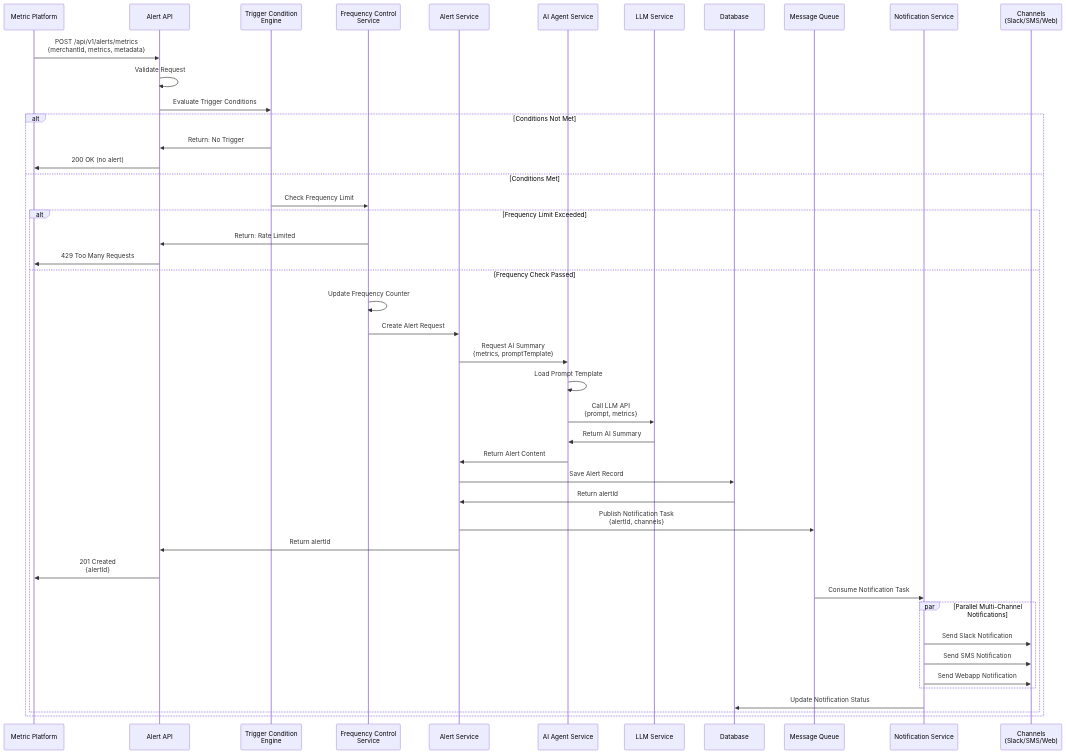
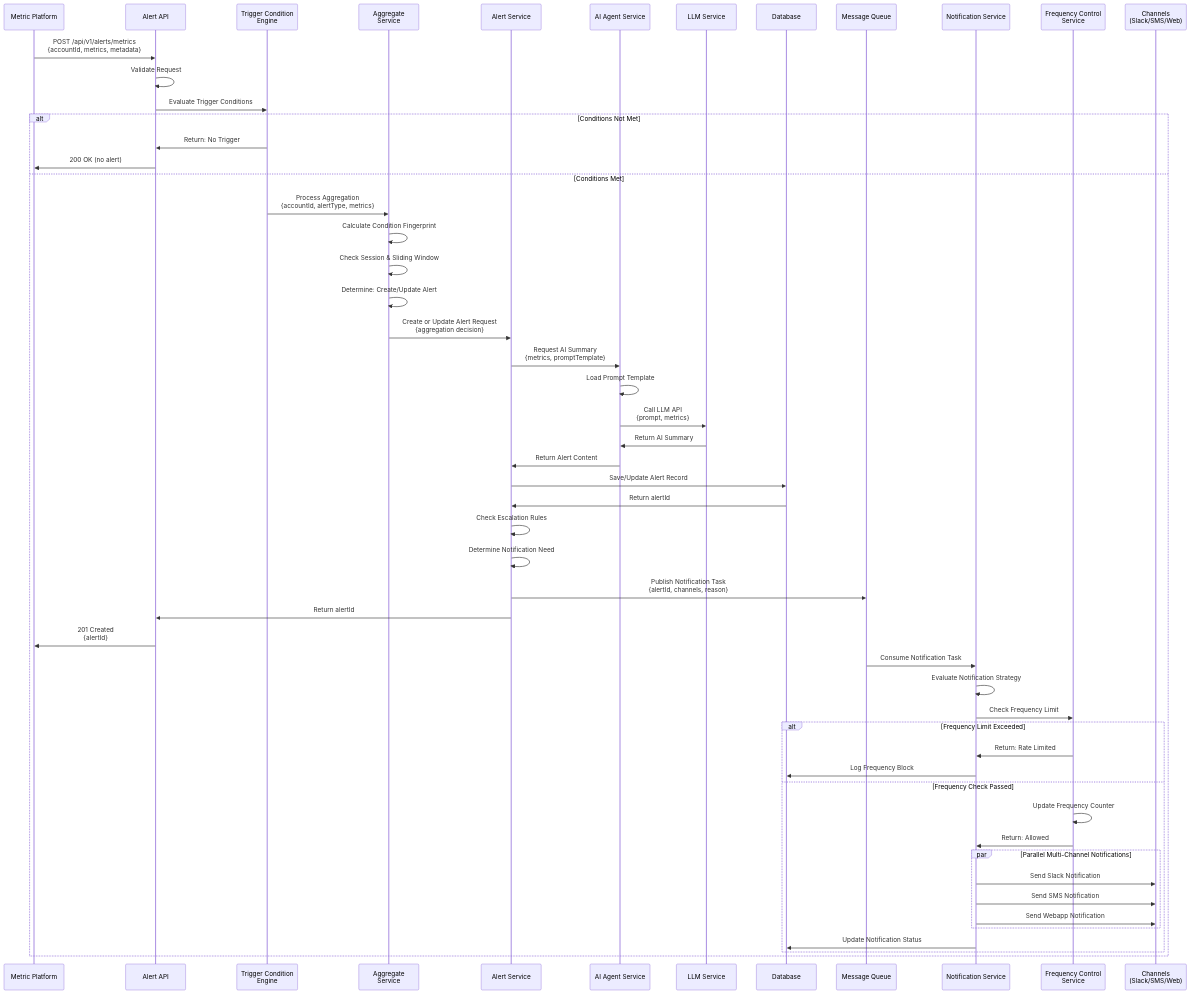
The second of 10 diagrams in AlertSystemDesign_EN.md (smarttttttt/AwxSentinel), drawn with Mermaid before and after one commit. The commit also changed 1 other file, not shown here.

Commit message:
refactor: restructure alert generation flow with aggregate service
- Add Aggregate Service between Trigger Condition Engine and Alert Service
- Move Frequency Control to Notification Service (after notification task creation)
- Update flow: API → TCE → Aggregate → Alert → Notification → Frequency Control → Send
- Aggregate Service responsibilities:
  - Calculate condition fingerprint
  - Check session and sliding window
  - Determine create/update alert decision
- Alert Service now handles:
  - Escalation rule checking
  - Notification need determination
- Notification Service now includes:
  - Notification strategy evaluation
  - Frequency control as final gate
- Update both CN and EN versions

Benefits:
- Clear separation of concerns
- Aggregate logic isolated in dedicated service
- Frequency control at optimal position (before actual send)
- Better scalability and maintainability

````diff
--- a/AlertSystemDesign_EN.md
+++ b/AlertSystemDesign_EN.md
@@ -120,56 +120,69 @@
 ```mermaid
 sequenceDiagram
     participant MP as Metric Platform
     participant API as Alert API
     participant TCE as Trigger Condition<br/>Engine
-    participant FCS as Frequency Control<br/>Service
+    participant AGG as Aggregate<br/>Service
     participant AS as Alert Service
     participant AGS as AI Agent Service
     participant LLM as LLM Service
     participant DB as Database
     participant MQ as Message Queue
     participant NS as Notification Service
+    participant FCS as Frequency Control<br/>Service
     participant CH as Channels<br/>(Slack/SMS/Web)
 
-    MP->>API: POST /api/v1/alerts/metrics<br/>{merchantId, metrics, metadata}
+    MP->>API: POST /api/v1/alerts/metrics<br/>{accountId, metrics, metadata}
     API->>API: Validate Request
     API->>TCE: Evaluate Trigger Conditions
 
     alt Conditions Not Met
         TCE->>API: Return: No Trigger
         API->>MP: 200 OK (no alert)
     else Conditions Met
-        TCE->>FCS: Check Frequency Limit
+        TCE->>AGG: Process Aggregation<br/>{accountId, alertType, metrics}
+
+        AGG->>AGG: Calculate Condition Fingerprint
+        AGG->>AGG: Check Session & Sliding Window
+        AGG->>AGG: Determine: Create/Update Alert
+
+        AGG->>AS: Create or Update Alert Request<br/>{aggregation decision}
+
+        AS->>AGS: Request AI Summary<br/>{metrics, promptTemplate}
+        AGS->>AGS: Load Prompt Template
+        AGS->>LLM: Call LLM API<br/>{prompt, metrics}
+        LLM->>AGS: Return AI Summary
+        AGS->>AS: Return Alert Content
+
+        AS->>DB: Save/Update Alert Record
+        DB->>AS: Return alertId
+
+        AS->>AS: Check Escalation Rules
+        AS->>AS: Determine Notification Need
+
+        AS->>MQ: Publish Notification Task<br/>{alertId, channels, reason}
+        AS->>API: Return alertId
+        API->>MP: 201 Created<br/>{alertId}
+
+        MQ->>NS: Consume Notification Task
+
+        NS->>NS: Evaluate Notification Strategy
+        NS->>FCS: Check Frequency Limit
 
         alt Frequency Limit Exceeded
-            FCS->>API: Return: Rate Limited
-            API->>MP: 429 Too Many Requests
+            FCS->>NS: Return: Rate Limited
+            NS->>DB: Log Frequency Block
         else Frequency Check Passed
             FCS->>FCS: Update Frequency Counter
-            FCS->>AS: Create Alert Request
-
-            AS->>AGS: Request AI Summary<br/>{metrics, promptTemplate}
-            AGS->>AGS: Load Prompt Template
-            AGS->>LLM: Call LLM API<br/>{prompt, metrics}
-            LLM->>AGS: Return AI Summary
-            AGS->>AS: Return Alert Content
-
-            AS->>DB: Save Alert Record
-            DB->>AS: Return alertId
-
-            AS->>MQ: Publish Notification Task<br/>{alertId, channels}
-            AS->>API: Return alertId
-            API->>MP: 201 Created<br/>{alertId}
-
-            MQ->>NS: Consume Notification Task
+            FCS->>NS: Return: Allowed
 
             par Parallel Multi-Channel Notifications
                 NS->>CH: Send Slack Notification
                 NS->>CH: Send SMS Notification
                 NS->>CH: Send Webapp Notification
             end
 
             NS->>DB: Update Notification Status
         end
     end
 ```
````
